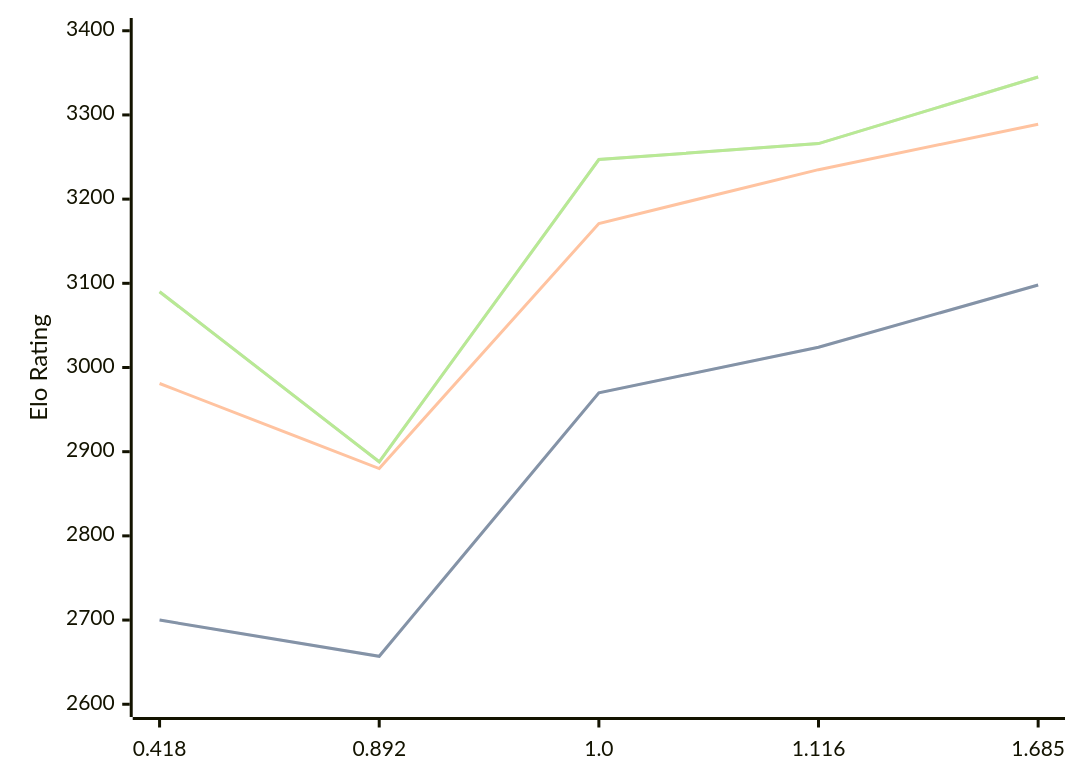
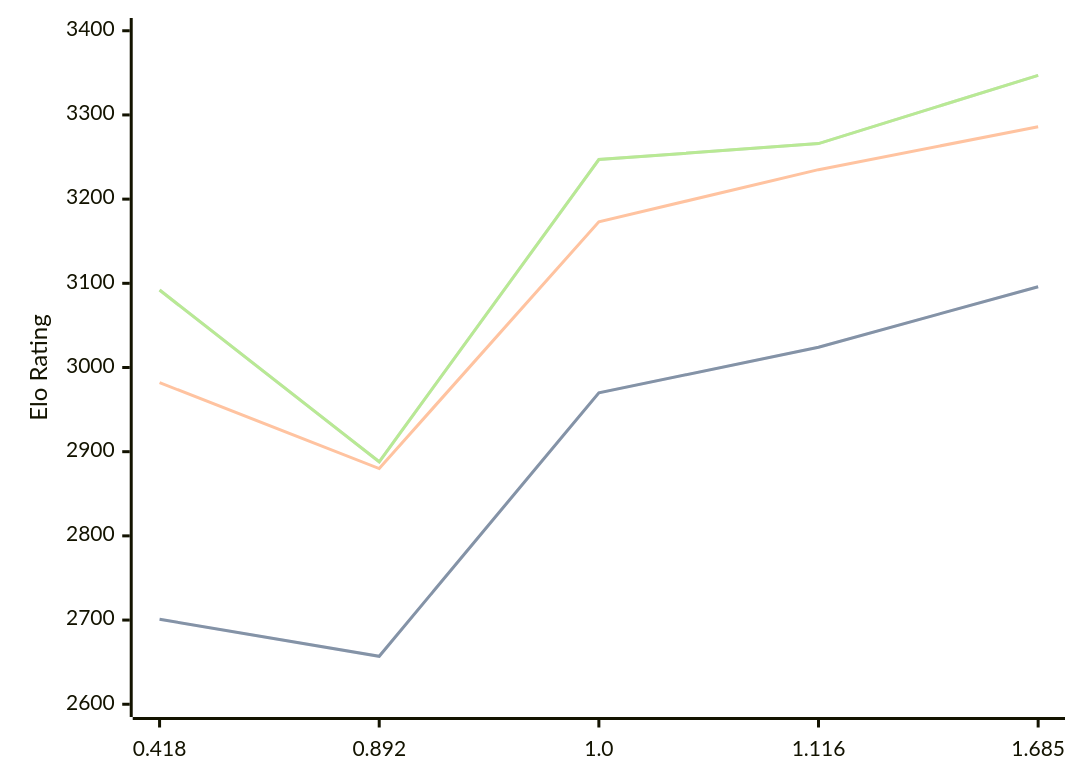
Before and after one commit to computer-chess-index/cci: the diagram in engines/Malika.md, drawn with Mermaid. The commit also changed other lines of this file, not shown here.

Commit message:
Update CCI Ratings (ELO VLTC) - 2026-07-31

````diff
--- a/engines/Malika.md
+++ b/engines/Malika.md
@@ -35,11 +35,11 @@
 ```mermaid
 %%{init: {"theme":"base","themeVariables":{"seriesColors:['#a3a3a3','#222221','#faa371']}}}%%
 xychart-beta
   x-axis ["0.418", "0.892", "1.0", "1.116", "1.685"]
   y-axis "Elo Rating" 2600 --> 3400
-  line "STC (8.0+0.08s)" [2700, 2657, 2970, 3024, 3098]
-  line "STC (8.0+0.08s)" [2700, 2657, 2970, 3024, 3098]
-  line "LTC (60.0+0.60s)" [2981, 2880, 3171, 3235, 3289]
-  line "VLTC (2m24s+1.12s)" [3090, 2888, 3247, 3266, 3345]
-  line "VLTC (2m24s+1.12s)" [3090, 2888, 3247, 3266, 3345]
+  line "STC (8.0+0.08s)" [2701, 2657, 2970, 3024, 3096]
+  line "STC (8.0+0.08s)" [2701, 2657, 2970, 3024, 3096]
+  line "LTC (60.0+0.60s)" [2982, 2880, 3173, 3235, 3286]
+  line "VLTC (2m24s+1.12s)" [3092, 2888, 3247, 3266, 3347]
+  line "VLTC (2m24s+1.12s)" [3092, 2888, 3247, 3266, 3347]
 ```
````
